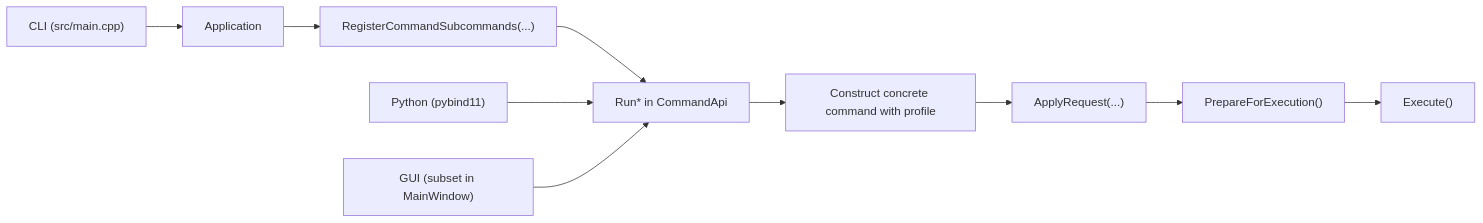
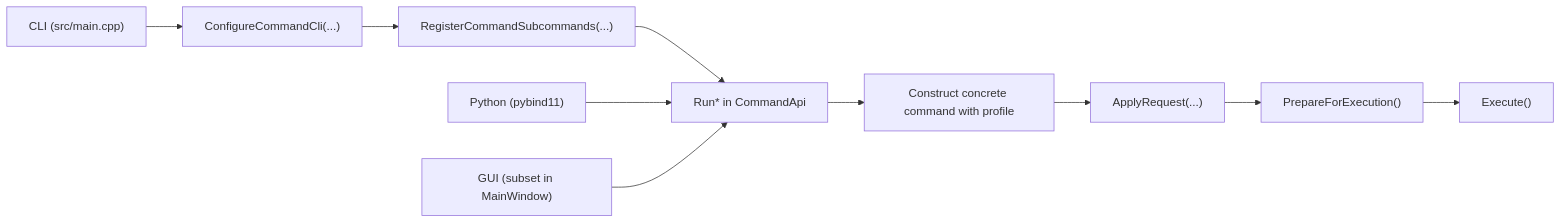
Before and after one commit to yslianTim/rhbm_gem: the diagram in docs/developer/architecture/command-architecture.md, drawn with Mermaid. The commit also changed 10 other files, not shown here.

````diff
--- a/docs/developer/architecture/command-architecture.md
+++ b/docs/developer/architecture/command-architecture.md
@@ -44,14 +44,14 @@
 ```mermaid
 flowchart LR
-    A["CLI (src/main.cpp)"] --> B["Application"]
+    A["CLI (src/main.cpp)"] --> B["ConfigureCommandCli(...)"]
     B --> C["RegisterCommandSubcommands(...)"]
     C --> D["Run* in CommandApi"]
 
     E["Python (pybind11)"] --> D
     F["GUI (subset in MainWindow)"] --> D
 
     D --> G["Construct concrete command with profile"]
     G --> H["ApplyRequest(...)"]
     H --> I["PrepareForExecution()"]
     I --> J["Execute()"]
 ```
````
